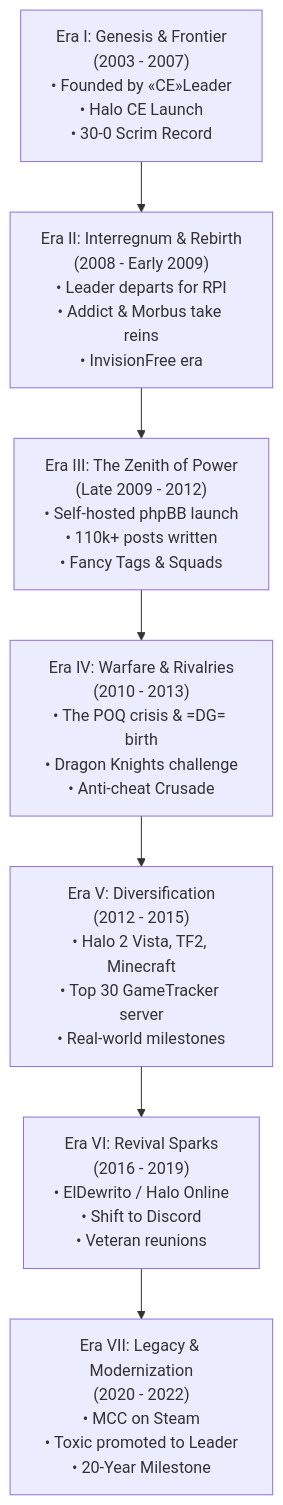
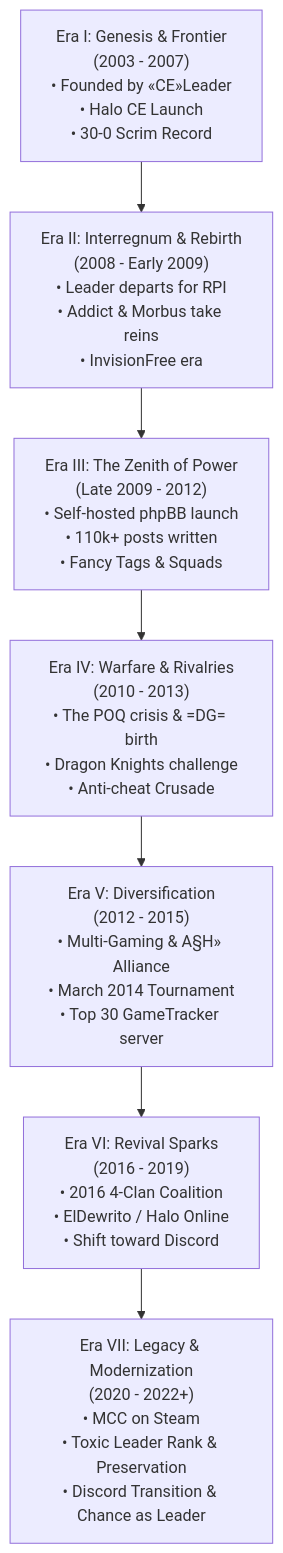
Before and after one commit to combat-experts-clan/combat-experts-clan-history: the diagram in README.md, drawn with Mermaid. The commit also changed other lines of this file, not shown here.

Commit message:
Update clan history with additonal context and removal of bias towards the author.

````diff
--- a/README.md
+++ b/README.md
@@ -62,12 +64,12 @@
 ```mermaid
 flowchart TD
     E1["Era I: Genesis & Frontier<br/>(2003 - 2007)<br/>• Founded by «CE»Leader<br/>• Halo CE Launch<br/>• 30-0 Scrim Record"]
     E2["Era II: Interregnum & Rebirth<br/>(2008 - Early 2009)<br/>• Leader departs for RPI<br/>• Addict & Morbus take reins<br/>• InvisionFree era"]
     E3["Era III: The Zenith of Power<br/>(Late 2009 - 2012)<br/>• Self-hosted phpBB launch<br/>• 110k+ posts written<br/>• Fancy Tags & Squads"]
     E4["Era IV: Warfare & Rivalries<br/>(2010 - 2013)<br/>• The POQ crisis & =DG= birth<br/>• Dragon Knights challenge<br/>• Anti-cheat Crusade"]
-    E5["Era V: Diversification<br/>(2012 - 2015)<br/>• Halo 2 Vista, TF2, Minecraft<br/>• Top 30 GameTracker server<br/>• Real-world milestones"]
-    E6["Era VI: Revival Sparks<br/>(2016 - 2019)<br/>• ElDewrito / Halo Online<br/>• Shift to Discord<br/>• Veteran reunions"]
-    E7["Era VII: Legacy & Modernization<br/>(2020 - 2022)<br/>• MCC on Steam<br/>• Toxic promoted to Leader<br/>• 20-Year Milestone"]
+    E5["Era V: Diversification<br/>(2012 - 2015)<br/>• Multi-Gaming & A§H» Alliance<br/>• March 2014 Tournament<br/>• Top 30 GameTracker server"]
+    E6["Era VI: Revival Sparks<br/>(2016 - 2019)<br/>• 2016 4-Clan Coalition<br/>• ElDewrito / Halo Online<br/>• Shift toward Discord"]
+    E7["Era VII: Legacy & Modernization<br/>(2020 - 2022+)<br/>• MCC on Steam<br/>• Toxic Leader Rank & Preservation<br/>• Discord Transition & Chance as Leader"]
 
     E1 --> E2 --> E3 --> E4 --> E5 --> E6 --> E7
 ```
````
